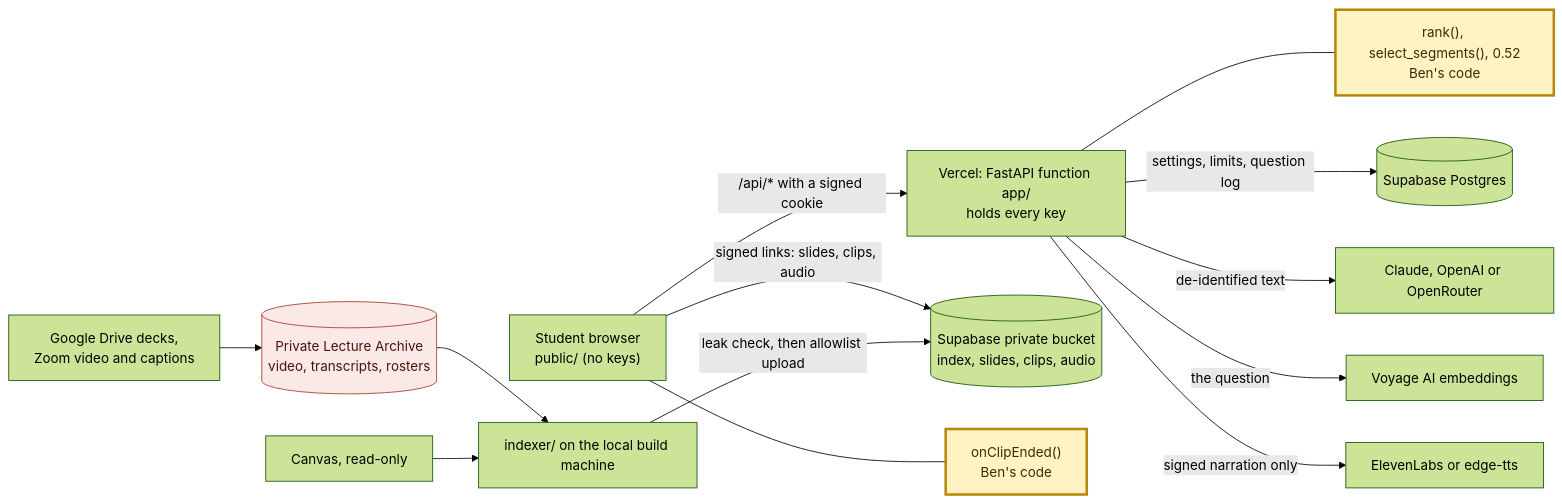
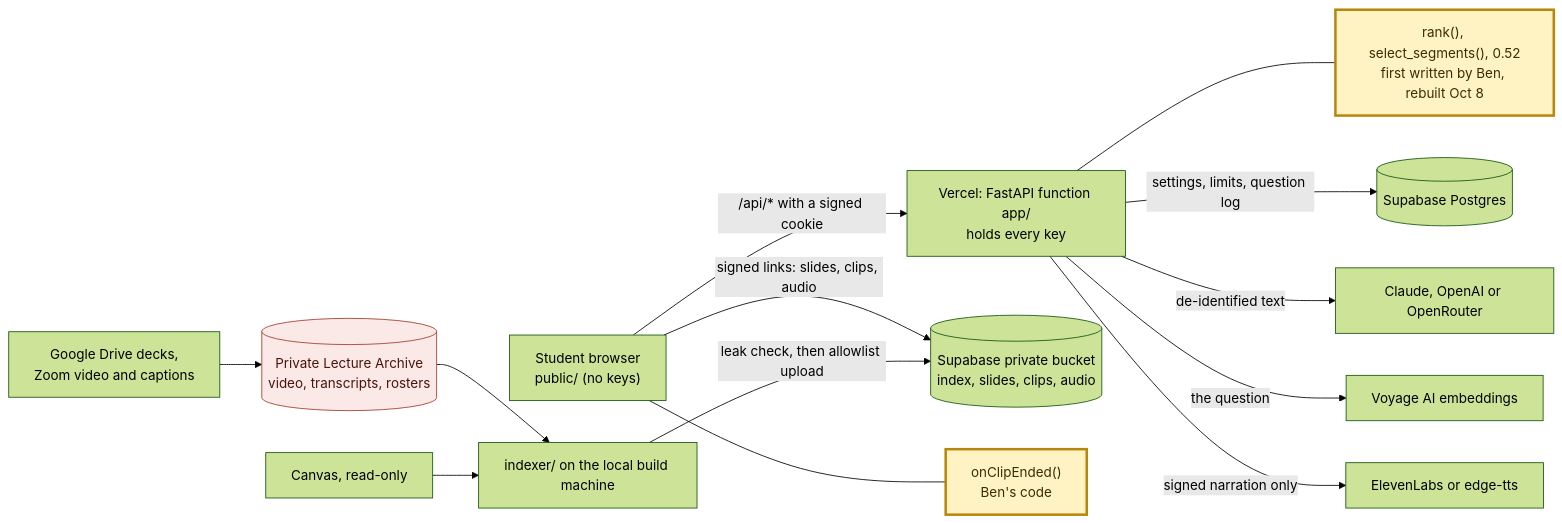
Before and after one commit to bcollier/faculty-twin: the second of 6 diagrams in README.md, drawn with Mermaid (forest theme). The commit also changed other lines of this file and 12 other files, not shown here.

````diff
--- a/README.md
+++ b/README.md
@@ -192,21 +192,21 @@
 ```mermaid
 flowchart LR
     classDef ben fill:#fff3c4,stroke:#b8860b,stroke-width:3px,color:#3a2e00
     classDef private fill:#fbe9e7,stroke:#a33a2a,color:#4a140c
 
     SB["Student browser<br/>public/ (no keys)"] -- "/api/* with a signed cookie" --> FN["Vercel: FastAPI function app/<br/>holds every key"]
     SB -- "signed links: slides, clips, audio" --> BK[("Supabase private bucket<br/>index, slides, clips, audio")]
-    FN --- RET["rank(), select_segments(), 0.52<br/>Ben's code"]
+    FN --- RET["rank(), select_segments(), 0.52<br/>first written by Ben, rebuilt Oct 8"]
     SB --- PL["onClipEnded()<br/>Ben's code"]
     FN -- "settings, limits, question log" --> PG[("Supabase Postgres")]
     FN -- "de-identified text" --> LLM["Claude, OpenAI or OpenRouter"]
     FN -- "the question" --> VO["Voyage AI embeddings"]
     FN -- "signed narration only" --> TTS["ElevenLabs or edge-tts"]
     AR[("Private Lecture Archive<br/>video, transcripts, rosters")] --> IX["indexer/ on the local build machine"]
     CV["Google Drive decks,<br/>Zoom video and captions"] --> AR
     CA["Canvas, read-only"] --> IX
     IX -- "leak check, then allowlist upload" --> BK
 
     class RET,PL ben
     class AR private
 ```
````
